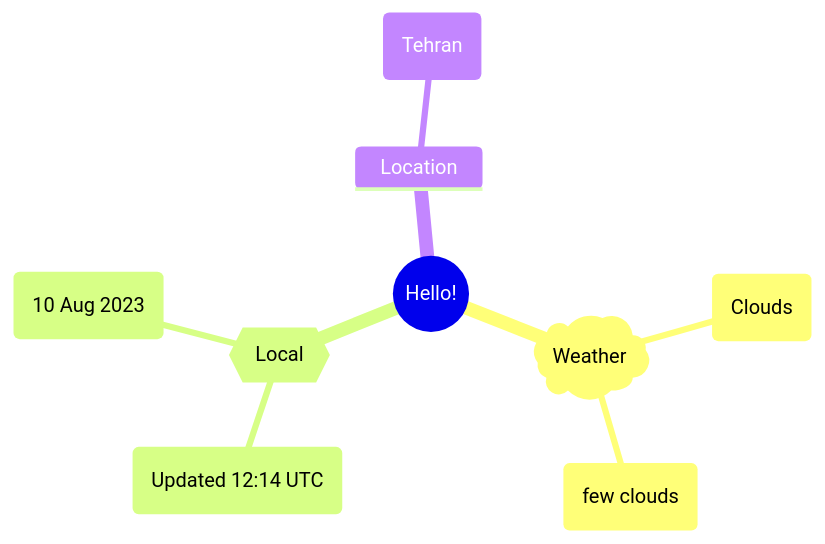
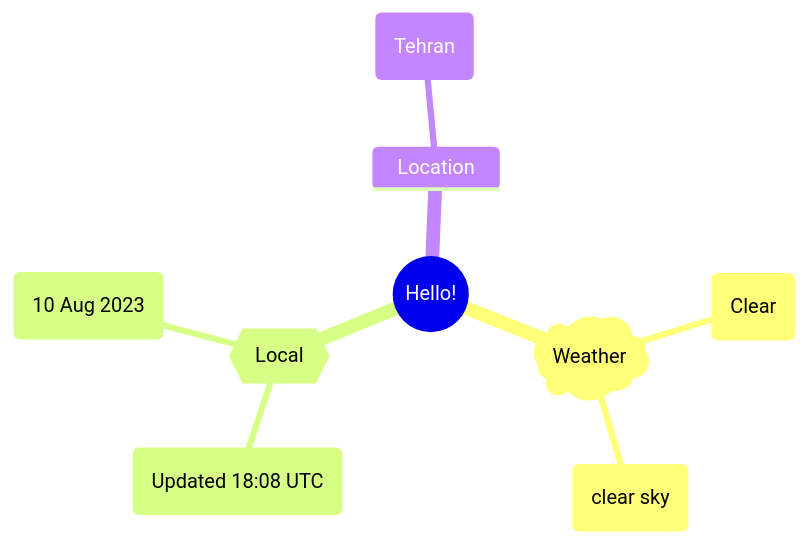
One commit to Xosrov/Xosrov changed the first of 2 diagrams in README.md. Above: the diagram before and after it, drawn with Mermaid.

Commit message:
[bot] updated images

````diff
--- a/README.md
+++ b/README.md
@@ -3,12 +3,12 @@
 ```mermaid
 mindmap
   root((Hello!))
     )Weather(
-        (Clouds)
-        (few clouds)
+        (Clear)
+        (clear sky)
     {{Local}}
-        (Updated 12:14 UTC)
+        (Updated 18:08 UTC)
         (10 Aug 2023)
     Location
         (Tehran)
 ```
````
